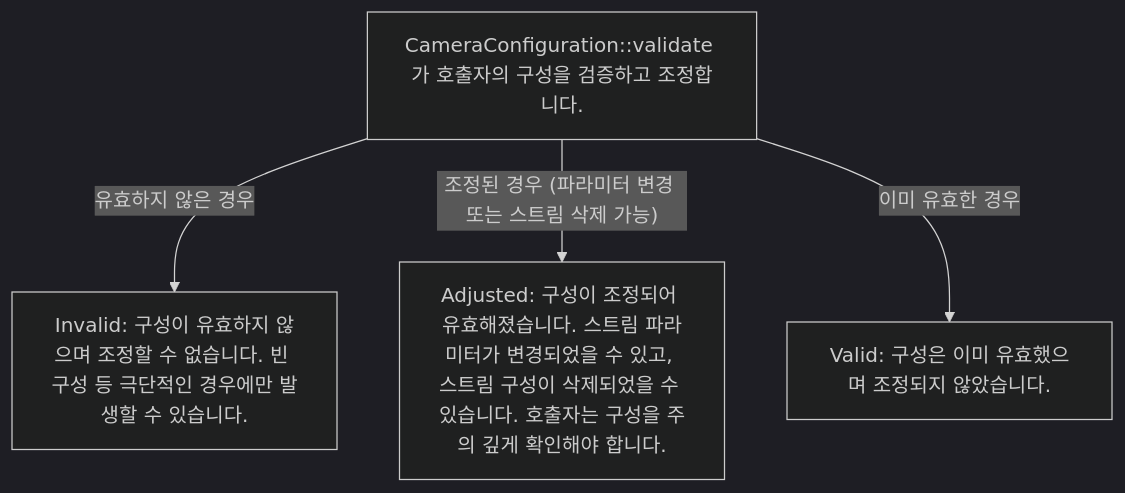
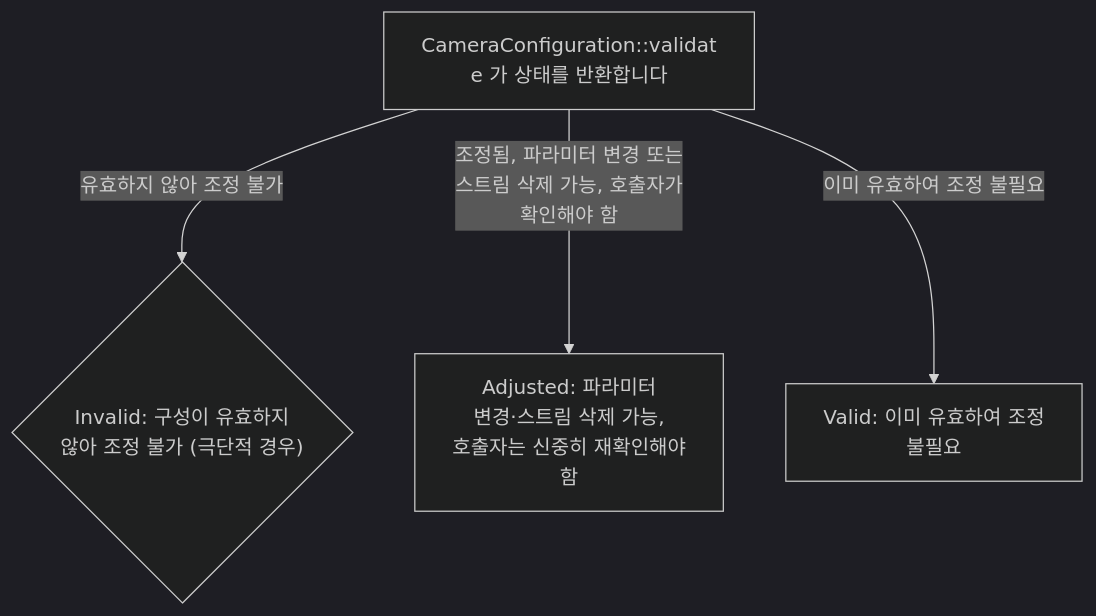
The first of 2 diagrams in docs/vendor-assurance.md (TTolsun/libcamera-sdd), drawn with Mermaid (dark theme) before and after one commit. The commit also changed other lines of this file and 3959 other files, not shown here.

````diff
--- a/docs/vendor-assurance.md
+++ b/docs/vendor-assurance.md
@@ -37,11 +37,11 @@
 ```mermaid
 flowchart TB
-%% sdd:translations {"Adjusted: 구성이 조정되어 유효해졌습니다. 스트림 파라미터가 변경되었을 수 있고, 스트림 구성이 삭제되었을 수 있습니다. 호출자는 구성을 주의 깊게 확인해야 합니다.": "Adjusted: The configuration has been adjusted and is now valid. Parameters may have changed for any stream, and stream configurations may have been removed. The caller shall check the configuration carefully.", "CameraConfiguration::validate 가 호출자의 구성을 검증하고 조정합니다.": "CameraConfiguration::validate validates and adjusts the caller&#x27;s configuration.", "Invalid: 구성이 유효하지 않으며 조정할 수 없습니다. 빈 구성 등 극단적인 경우에만 발생할 수 있습니다.": "Invalid: The configuration is invalid and can&#x27;t be adjusted. This may only occur in extreme cases such as when the configuration is empty.", "Valid: 구성은 이미 유효했으며 조정되지 않았습니다.": "Valid: The configuration was already valid and hasn&#x27;t been adjusted.", "유효하지 않은 경우": "If invalid", "이미 유효한 경우": "If already valid", "조정된 경우 (파라미터 변경 또는 스트림 삭제 가능)": "If adjusted (parameters may have changed or streams removed)"}
-  v_n0["CameraConfiguration::validate 가 호출자의 구성을 검증하고 조정합니다."]
-  v_n1["Invalid: 구성이 유효하지 않으며 조정할 수 없습니다. 빈 구성 등 극단적인 경우에만 발생할 수 있습니다."]
-  v_n2["Adjusted: 구성이 조정되어 유효해졌습니다. 스트림 파라미터가 변경되었을 수 있고, 스트림 구성이 삭제되었을 수 있습니다. 호출자는 구성을 주의 깊게 확인해야 합니다."]
-  v_n3["Valid: 구성은 이미 유효했으며 조정되지 않았습니다."]
-  v_n0 -->|"유효하지 않은 경우"| v_n1
-  v_n0 -->|"조정된 경우 (파라미터 변경 또는 스트림 삭제 가능)"| v_n2
-  v_n0 -->|"이미 유효한 경우"| v_n3
+%% sdd:translations {"Adjusted: 파라미터 <br/>변경·스트림 삭제 가능, <br/>호출자는 신중히 재확인해야 <br/>함": "Adjusted: parameters may <br/>have changed or streams <br/>removed; caller shall check <br/>carefully", "CameraConfiguration::validat<br/>e 가 상태를 반환합니다": "CameraConfiguration::validat<br/>e returns a status", "Invalid: 구성이 유효하지 <br/>않아 조정 불가 (극단적 경우)": "Invalid: configuration <br/>invalid and can&#x27;t be <br/>adjusted (extreme case)", "Valid: 이미 유효하여 조정 <br/>불필요": "Valid: configuration was <br/>already valid and hasn&#x27;t <br/>been adjusted", "유효하지 않아 조정 불가": "invalid and can&#x27;t be <br/>adjusted", "이미 유효하여 조정 불필요": "already valid and hasn&#x27;t <br/>been adjusted", "조정됨, 파라미터 변경 또는 <br/>스트림 삭제 가능, 호출자가 <br/>확인해야 함": "adjusted and now valid; <br/>parameters may have changed <br/>or streams removed; caller <br/>shall check"}
+  v_n0["CameraConfiguration::validat<br/>e 가 상태를 반환합니다"]
+  v_n1{"Invalid: 구성이 유효하지 <br/>않아 조정 불가 (극단적 경우)"}
+  v_n2["Adjusted: 파라미터 <br/>변경·스트림 삭제 가능, <br/>호출자는 신중히 재확인해야 <br/>함"]
+  v_n3["Valid: 이미 유효하여 조정 <br/>불필요"]
+  v_n0 -->|"유효하지 않아 조정 불가"| v_n1
+  v_n0 -->|"조정됨, 파라미터 변경 또는 <br/>스트림 삭제 가능, 호출자가 <br/>확인해야 함"| v_n2
+  v_n0 -->|"이미 유효하여 조정 불필요"| v_n3
 ```
````
